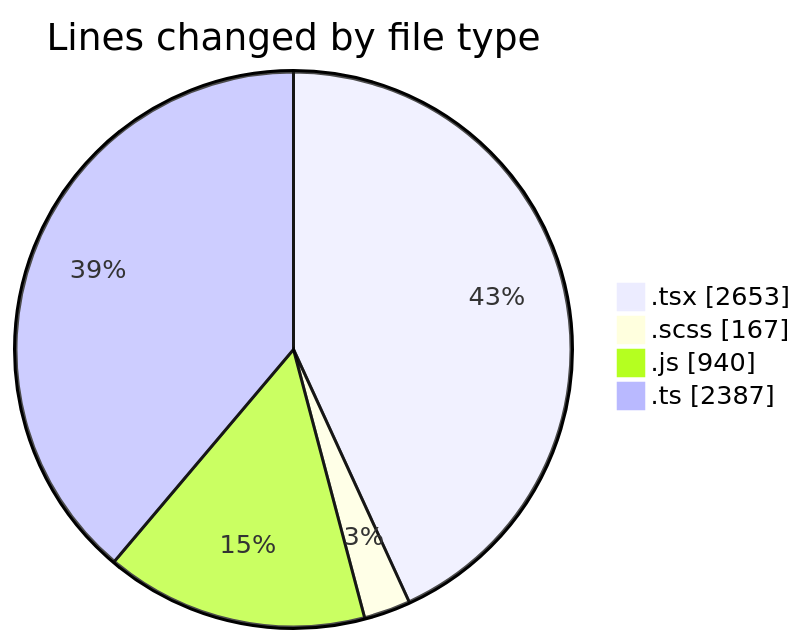
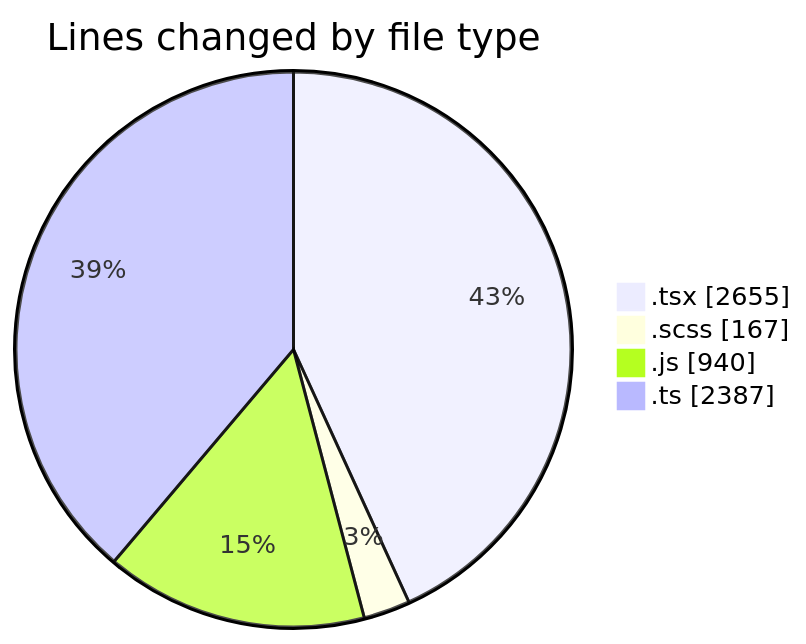
The first of 2 diagrams in 2026-07-15/cda/README.md (momahboobian/code-tracking), drawn with Mermaid before and after one commit. The commit also changed other lines of this file and 1 other file, not shown here.

````diff
--- a/2026-07-15/cda/README.md
+++ b/2026-07-15/cda/README.md
@@ -51,8 +51,8 @@
 ```mermaid
 pie showData
 title Lines changed by file type
-".tsx" : 2653
+".tsx" : 2655
 ".scss" : 167
 ".js" : 940
 ".ts" : 2387
 ```
````
